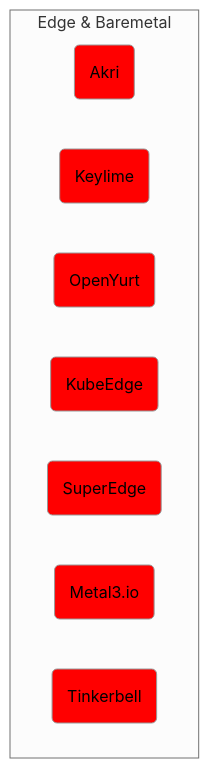
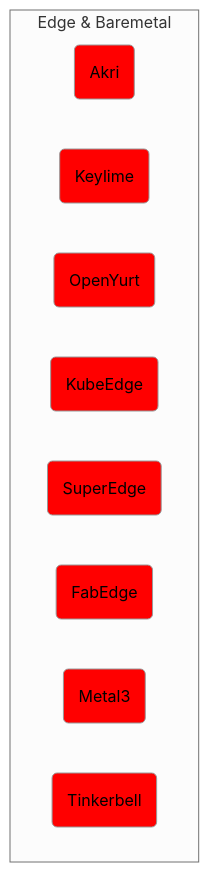
One commit to vfarcic/cncf-demo changed the fifth of 7 diagrams in solution.md. Above: the diagram before and after it, drawn with Mermaid (neutral theme). The commit also changed other lines of this file and 1 other file, not shown here.

````diff
--- a/solution.md
+++ b/solution.md
@@ -709,29 +715,31 @@
 ```mermaid
 flowchart TD
 
     subgraph edge["Edge & Baremetal"]
 
         %% ----------
         %% -- Edge --
         %% ----------
         akri(Akri)
         style akri fill:red
         keylime(Keylime)
         style keylime fill:red
         open-yurt(OpenYurt)
         style open-yurt fill:red
         kube-edge(KubeEdge)
         style kube-edge fill:red
         super-edge(SuperEdge)
         style super-edge fill:red
+        fabedge(FabEdge)
+        style fabedge fill:red
 
         %% ---------------
         %% -- Baremetal --
         %% ---------------
-        metal3-io(Metal3.io)
-        style metal3-io fill:red
+        metal3(Metal3)
+        style metal3 fill:red
         tinkerbell(Tinkerbell)
         style tinkerbell fill:red
 
     end
 ```
````
